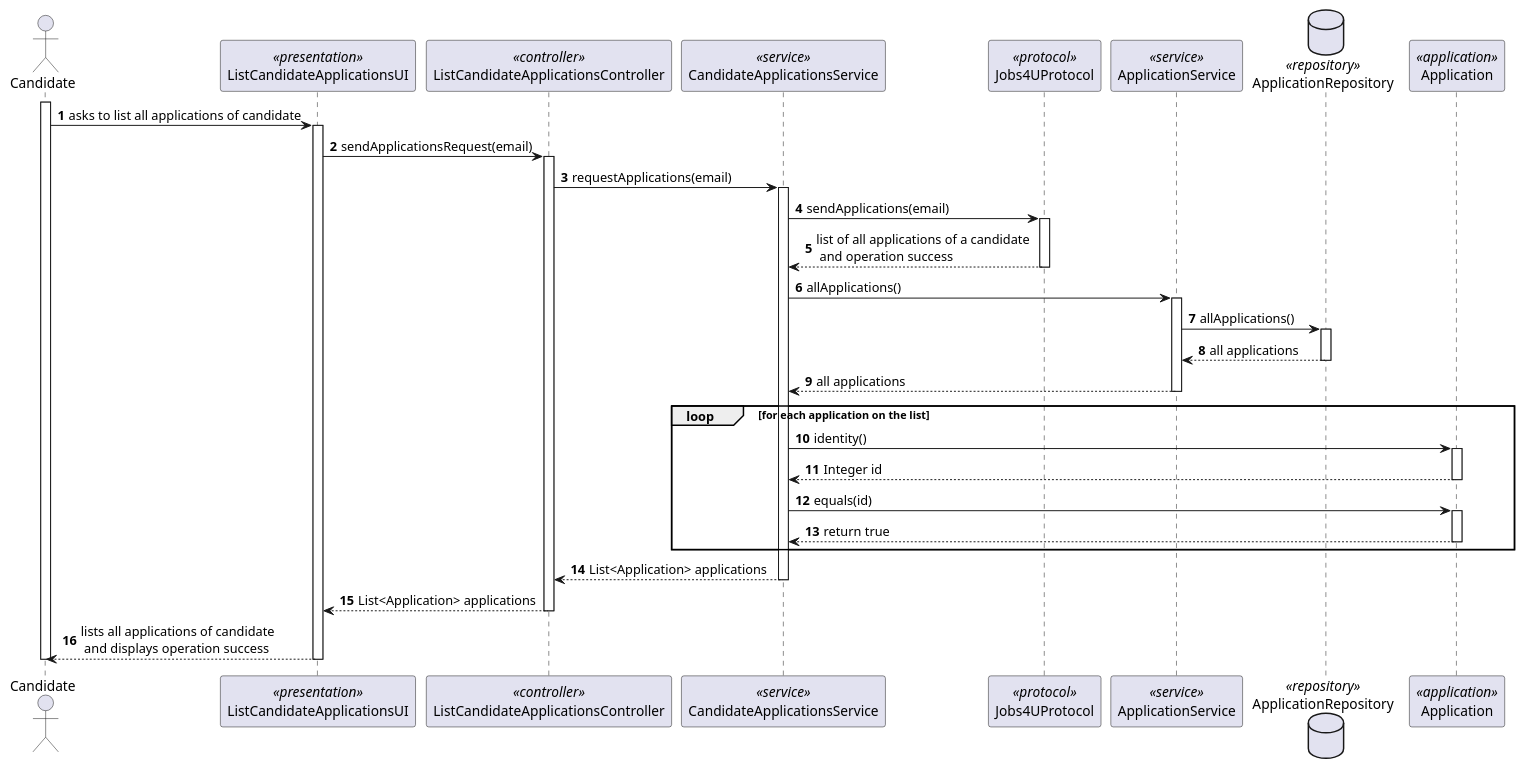
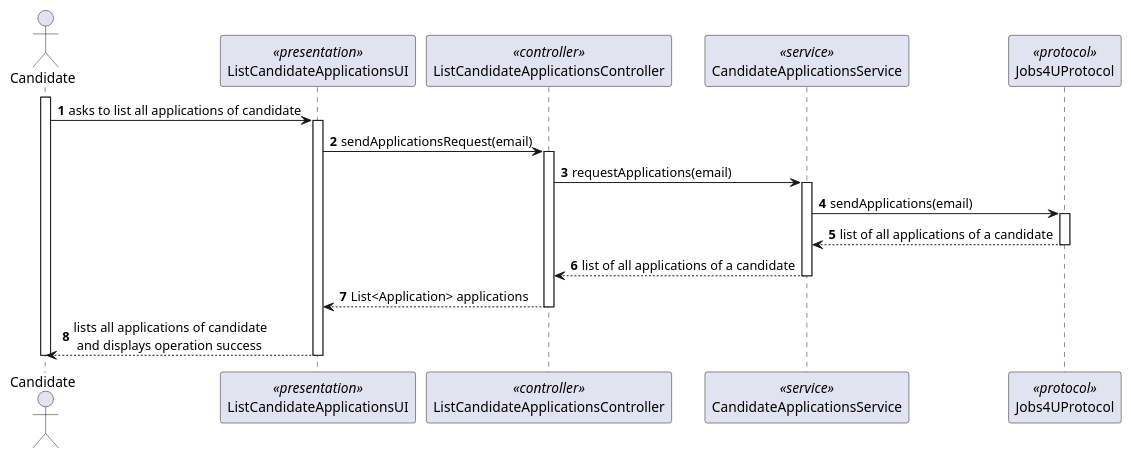
The diagram in docs/SprintC/9-list-candidate-applications/sequence-diagram.puml (MiguelCardoso77/LAPR4), drawn with PlantUML before and after one commit. The commit also changed 8 other files, not shown here.

Commit message:
documentation for list all candidate applications #35

```diff
--- a/docs/SprintC/9-list-candidate-applications/sequence-diagram.puml
+++ b/docs/SprintC/9-list-candidate-applications/sequence-diagram.puml
@@ -1,69 +1,39 @@
 @startuml
 autonumber
 
 actor Candidate
 
 participant ListCandidateApplicationsUI <<presentation>>
 participant ListCandidateApplicationsController <<controller>>
 participant CandidateApplicationsService <<service>>
 participant Jobs4UProtocol <<protocol>>
-participant ApplicationService <<service>>
-database ApplicationRepository <<repository>>
-participant Application <<application>>
 
 activate Candidate
 
     Candidate -> ListCandidateApplicationsUI : asks to list all applications of candidate
     activate ListCandidateApplicationsUI
 
         ListCandidateApplicationsUI -> ListCandidateApplicationsController : sendApplicationsRequest(email)
         activate ListCandidateApplicationsController
 
             ListCandidateApplicationsController -> CandidateApplicationsService : requestApplications(email)
             activate CandidateApplicationsService
 
                 CandidateApplicationsService -> Jobs4UProtocol : sendApplications(email)
                 activate Jobs4UProtocol
 
-                    Jobs4UProtocol --> CandidateApplicationsService : list of all applications of a candidate \n and operation success
+                    Jobs4UProtocol --> CandidateApplicationsService : list of all applications of a candidate
                 deactivate Jobs4UProtocol
 
-                CandidateApplicationsService -> ApplicationService : allApplications()
-                activate ApplicationService
-
-                    ApplicationService -> ApplicationRepository : allApplications()
-                    activate ApplicationRepository
-
-                        ApplicationRepository --> ApplicationService : all applications
-                    deactivate ApplicationRepository
-
-                    ApplicationService --> CandidateApplicationsService : all applications
-                deactivate ApplicationService
-
-                loop for each application on the list
-
-                CandidateApplicationsService -> Application : identity()
-                activate Application
-
-                    Application --> CandidateApplicationsService : Integer id
-                deactivate Application
-
-                CandidateApplicationsService -> Application : equals(id)
-                activate Application
-
-                    Application --> CandidateApplicationsService : return true
-                deactivate Application
-                end loop
-
-                CandidateApplicationsService --> ListCandidateApplicationsController : List<Application> applications
+                CandidateApplicationsService --> ListCandidateApplicationsController: list of all applications of a candidate
             deactivate CandidateApplicationsService
 
             ListCandidateApplicationsController --> ListCandidateApplicationsUI : List<Application> applications
         deactivate ListCandidateApplicationsController
 
         ListCandidateApplicationsUI --> Candidate :lists all applications of candidate \n and displays operation success
     deactivate ListCandidateApplicationsUI
 
 deactivate Candidate
 
 @enduml
```
